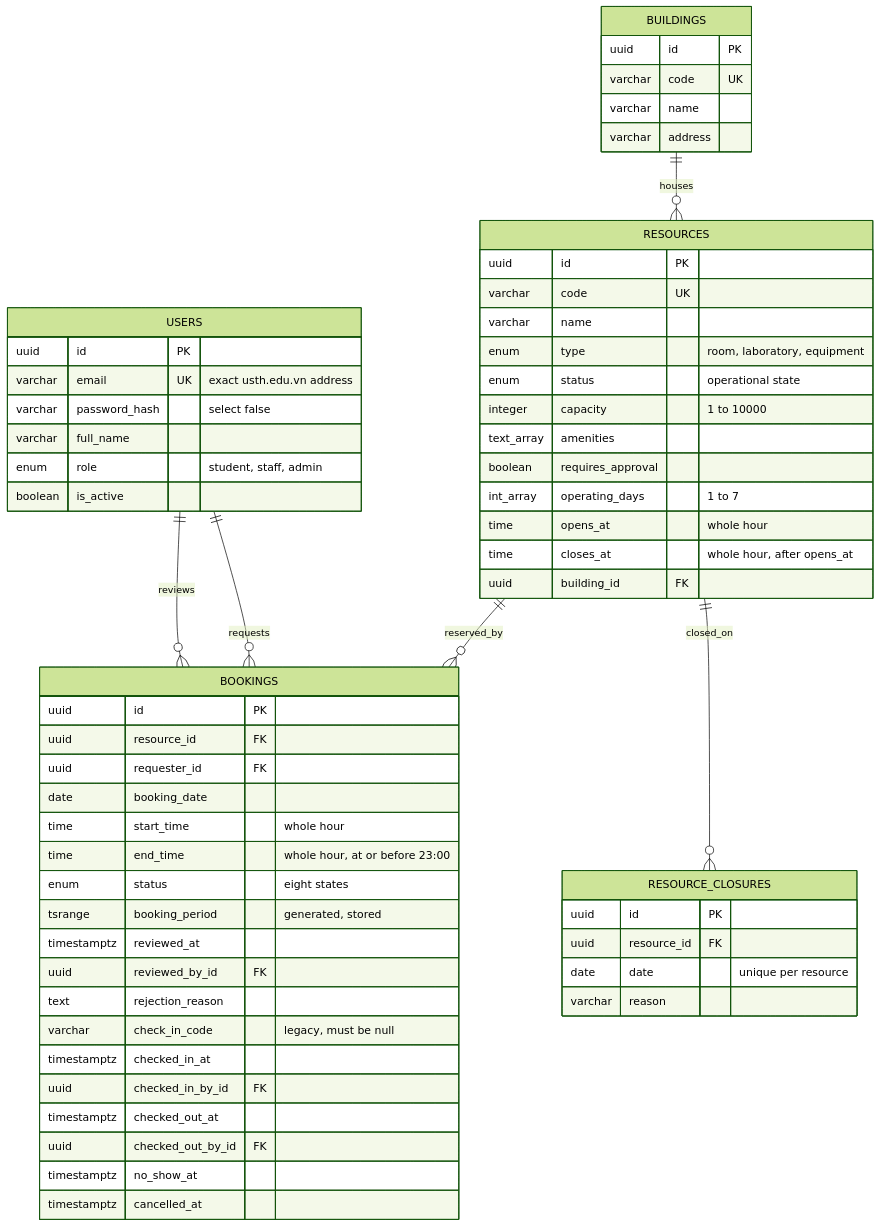
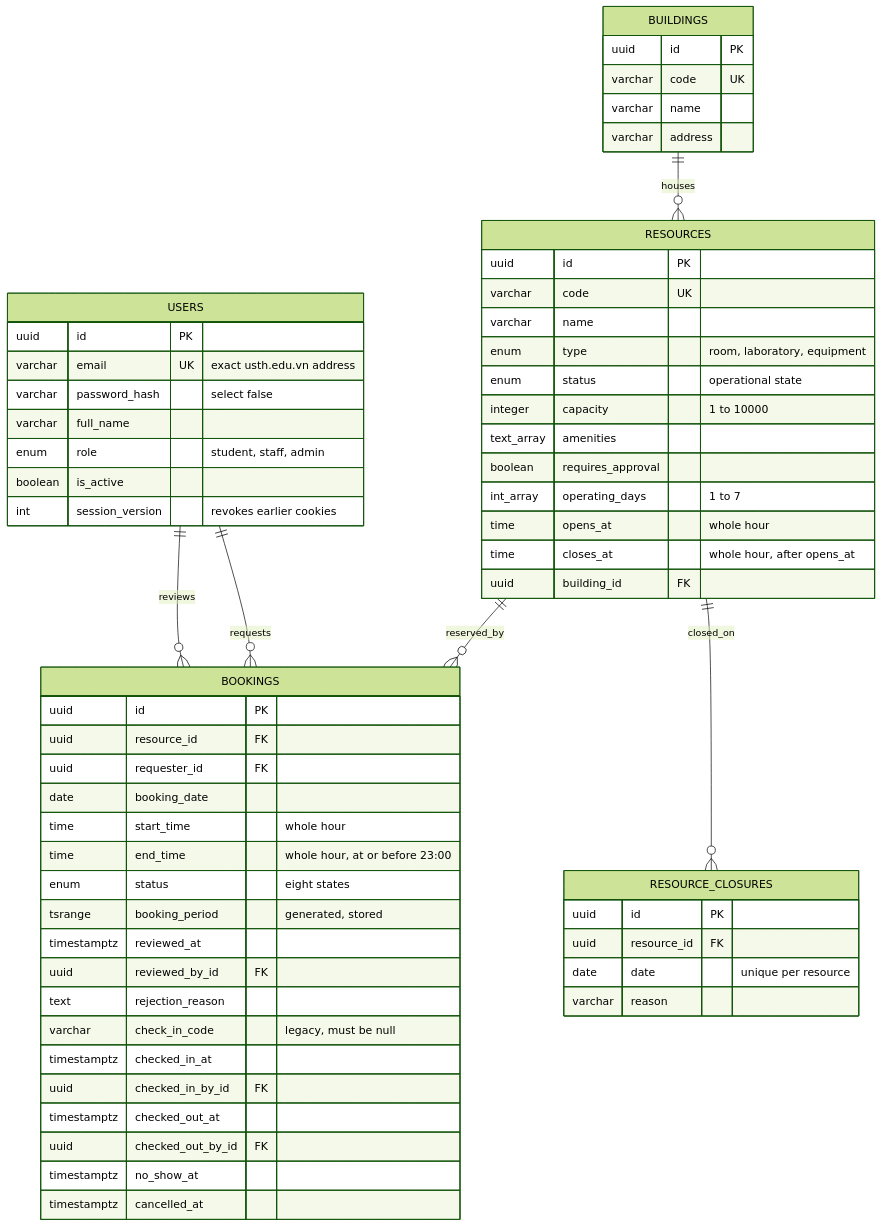
Before and after one commit to Nam-Antoine/campus-resource-booking: the ninth of 10 diagrams in docs/ARCHITECTURE.md, drawn with Mermaid (forest theme). The commit also changed other lines of this file and 27 other files, not shown here.

````diff
--- a/docs/ARCHITECTURE.md
+++ b/docs/ARCHITECTURE.md
@@ -441,67 +446,68 @@
 ```mermaid
 erDiagram
     USERS ||--o{ BOOKINGS : requests
     USERS ||--o{ BOOKINGS : reviews
     BUILDINGS ||--o{ RESOURCES : houses
     RESOURCES ||--o{ RESOURCE_CLOSURES : closed_on
     RESOURCES ||--o{ BOOKINGS : reserved_by
 
     USERS {
         uuid id PK
         varchar email UK "exact usth.edu.vn address"
         varchar password_hash "select false"
         varchar full_name
         enum role "student, staff, admin"
         boolean is_active
+        int session_version "revokes earlier cookies"
     }
 
     BUILDINGS {
         uuid id PK
         varchar code UK
         varchar name
         varchar address
     }
 
     RESOURCES {
         uuid id PK
         varchar code UK
         varchar name
         enum type "room, laboratory, equipment"
         enum status "operational state"
         integer capacity "1 to 10000"
         text_array amenities
         boolean requires_approval
         int_array operating_days "1 to 7"
         time opens_at "whole hour"
         time closes_at "whole hour, after opens_at"
         uuid building_id FK
     }
 
     RESOURCE_CLOSURES {
         uuid id PK
         uuid resource_id FK
         date date "unique per resource"
         varchar reason
     }
 
     BOOKINGS {
         uuid id PK
         uuid resource_id FK
         uuid requester_id FK
         date booking_date
         time start_time "whole hour"
         time end_time "whole hour, at or before 23:00"
         enum status "eight states"
         tsrange booking_period "generated, stored"
         timestamptz reviewed_at
         uuid reviewed_by_id FK
         text rejection_reason
         varchar check_in_code "legacy, must be null"
         timestamptz checked_in_at
         uuid checked_in_by_id FK
         timestamptz checked_out_at
         uuid checked_out_by_id FK
         timestamptz no_show_at
         timestamptz cancelled_at
     }
 ```
````
